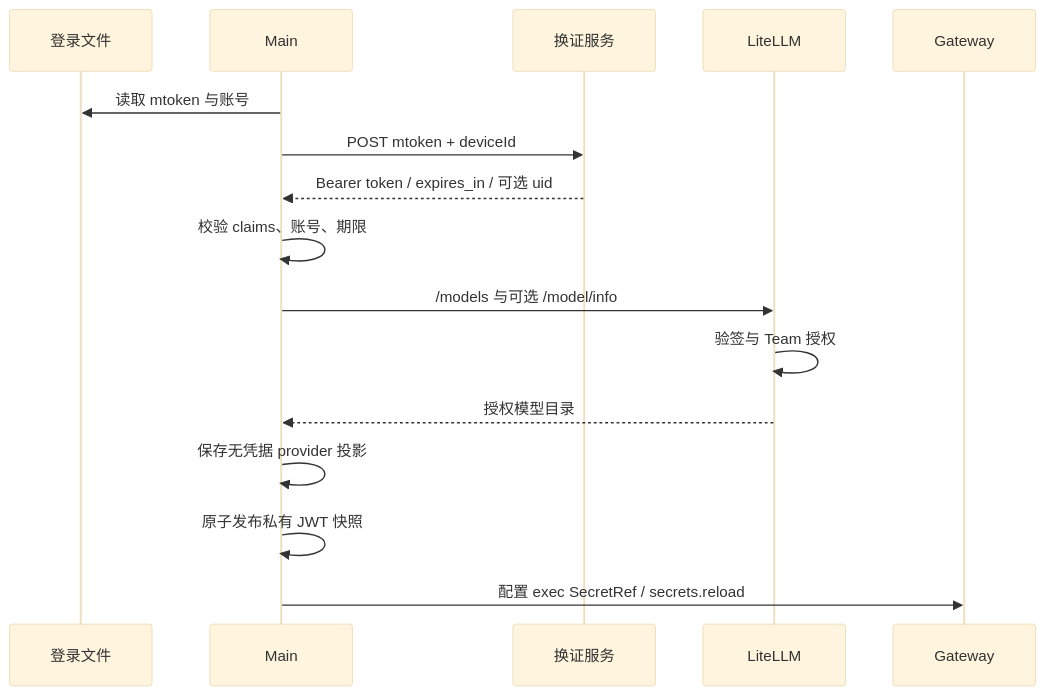
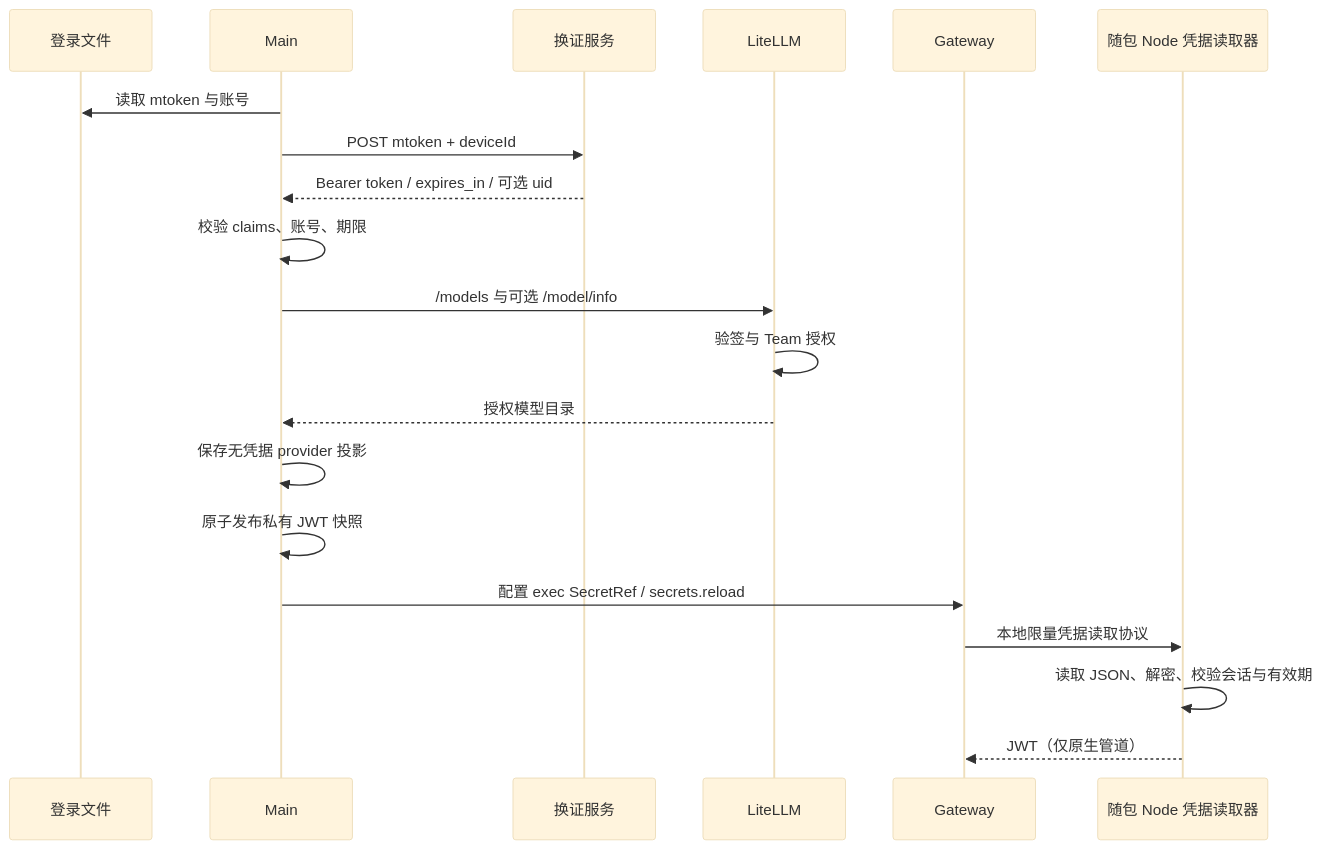
Before and after one commit to liangxhao/JustDo: the diagram in docs/features/integrations/authentication-builtin-model-lifecycle.md, drawn with Mermaid (base theme). The commit also changed other lines of this file and 38 other files, not shown here.

````diff
--- a/docs/features/integrations/authentication-builtin-model-lifecycle.md
+++ b/docs/features/integrations/authentication-builtin-model-lifecycle.md
@@ -47,18 +47,22 @@
 ```mermaid
 sequenceDiagram
   participant F as 登录文件
   participant M as Main
   participant I as 换证服务
   participant L as LiteLLM
   participant G as Gateway
+  participant N as 随包 Node 凭据读取器
   M->>F: 读取 mtoken 与账号
   M->>I: POST mtoken + deviceId
   I-->>M: Bearer token / expires_in / 可选 uid
   M->>M: 校验 claims、账号、期限
   M->>L: /models 与可选 /model/info
   L->>L: 验签与 Team 授权
   L-->>M: 授权模型目录
   M->>M: 保存无凭据 provider 投影
   M->>M: 原子发布私有 JWT 快照
   M->>G: 配置 exec SecretRef / secrets.reload
+  G->>N: 本地限量凭据读取协议
+  N->>N: 读取 JSON、解密、校验会话与有效期
+  N-->>G: JWT（仅原生管道）
 ```
````
